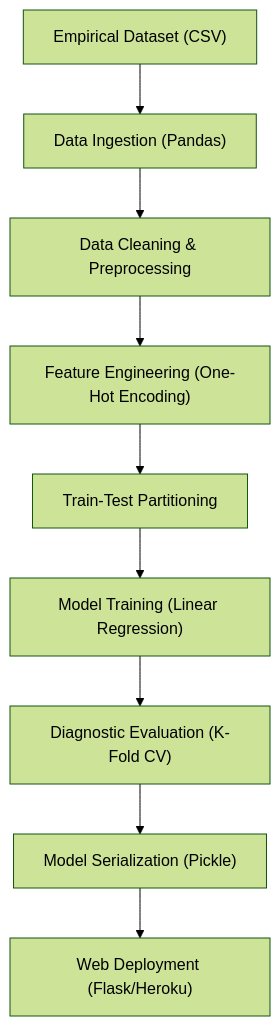
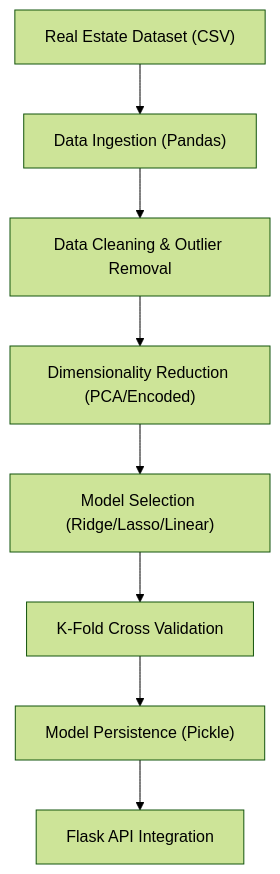
One commit to Amey-Thakur/BANGALORE-HOUSE-PRICE-PREDICTION changed the diagram in docs/SPECIFICATION.md. Above: the diagram before and after it, drawn with Mermaid (forest theme). The commit also changed other lines of this file and 10 other files, not shown here.

````diff
--- a/docs/SPECIFICATION.md
+++ b/docs/SPECIFICATION.md
@@ -9,11 +9,10 @@
 ```mermaid
 graph TD
-    Start["Empirical Dataset (CSV)"] --> Load["Data Ingestion (Pandas)"]
-    Load --> Clean["Data Cleaning & Preprocessing"]
-    Clean --> FE["Feature Engineering (One-Hot Encoding)"]
-    FE --> Partition["Train-Test Partitioning"]
-    Partition --> Train["Model Training (Linear Regression)"]
-    Train --> Evaluate["Diagnostic Evaluation (K-Fold CV)"]
-    Evaluate --> Serialize["Model Serialization (Pickle)"]
-    Serialize --> Deploy["Web Deployment (Flask/Heroku)"]
+    Start["Real Estate Dataset (CSV)"] --> Load["Data Ingestion (Pandas)"]
+    Load --> Clean["Data Cleaning & Outlier Removal"]
+    Clean --> Feature["Dimensionality Reduction (PCA/Encoded)"]
+    Feature --> Train["Model Selection (Ridge/Lasso/Linear)"]
+    Train --> Evaluate["K-Fold Cross Validation"]
+    Evaluate --> Serve["Model Persistence (Pickle)"]
+    Serve --> Deployment["Flask API Integration"]
 ```
````
